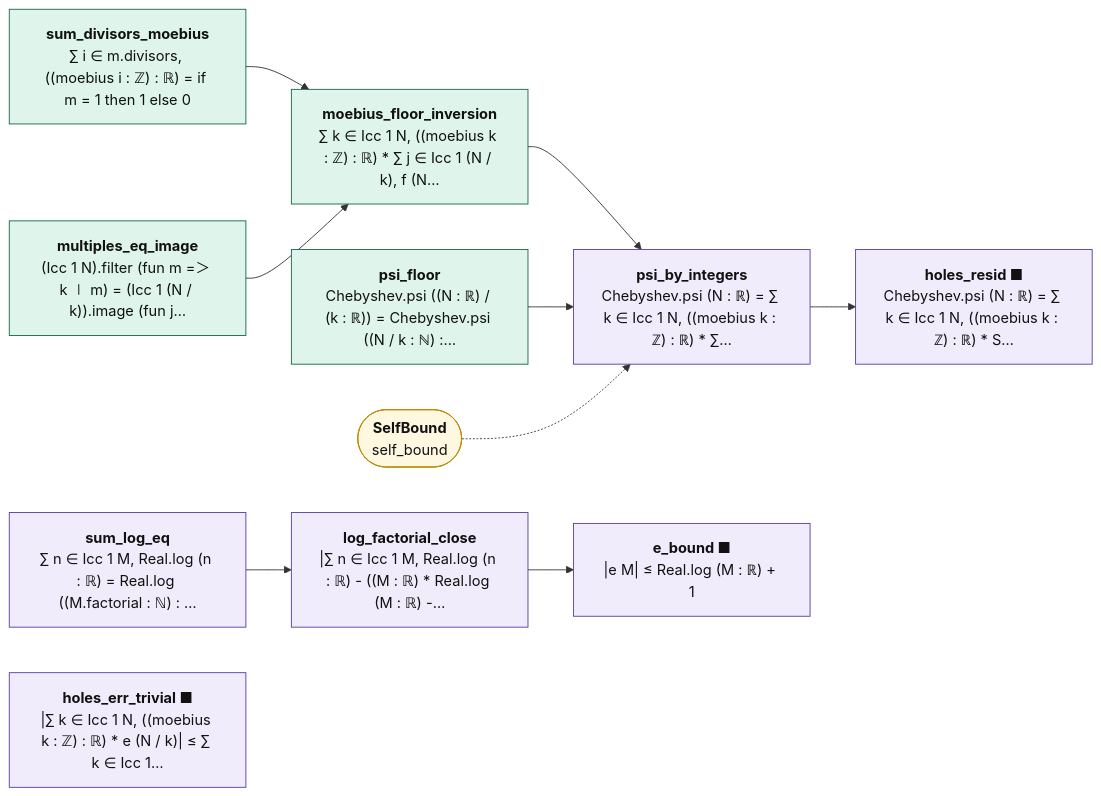
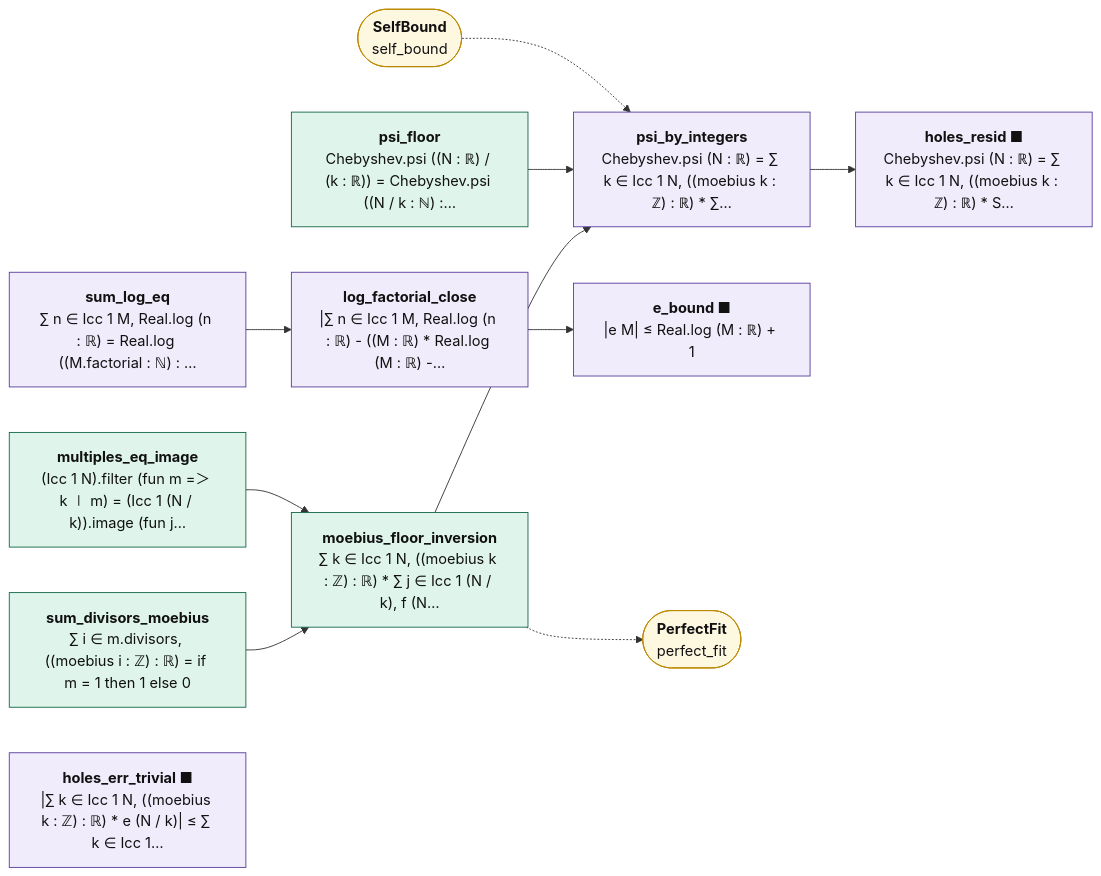
The diagram in map/lean_stage3/NoHoles.mmd (juliansambranojr/Primebeat_081426), drawn with Mermaid before and after one commit. The commit also changed 23 other files, not shown here.

First line of the commit message:
Block R14: the perfect fit (unit 0505)

```diff
--- a/map/lean_stage3/NoHoles.mmd
+++ b/map/lean_stage3/NoHoles.mmd
@@ -1,28 +1,30 @@
 flowchart LR
   n0["<b>sum_divisors_moebius</b><br/>∑ i ∈ m.divisors, ((moebius i : ℤ) : ℝ) = if m = 1 then 1 else 0"]:::cnt
   n1["<b>multiples_eq_image</b><br/>(Icc 1 N).filter (fun m =＞ k ∣ m) = (Icc 1 (N / k)).image (fun j…"]:::cnt
   n2["<b>moebius_floor_inversion</b><br/>∑ k ∈ Icc 1 N, ((moebius k : ℤ) : ℝ) * ∑ j ∈ Icc 1 (N / k), f (N…"]:::cnt
   n3["<b>psi_floor</b><br/>Chebyshev.psi ((N : ℝ) / (k : ℝ)) = Chebyshev.psi ((N / k : ℕ) :…"]:::cnt
   n4["<b>psi_by_integers</b><br/>Chebyshev.psi (N : ℝ) = ∑ k ∈ Icc 1 N, ((moebius k : ℤ) : ℝ) * ∑…"]:::shp
   n5["<b>sum_log_eq</b><br/>∑ n ∈ Icc 1 M, Real.log (n : ℝ) = Real.log ((M.factorial : ℕ) : …"]:::shp
   n6["<b>log_factorial_close</b><br/>|∑ n ∈ Icc 1 M, Real.log (n : ℝ) - ((M : ℝ) * Real.log (M : ℝ) -…"]:::shp
   n7["<b>e_bound ■</b><br/>|e M| ≤ Real.log (M : ℝ) + 1"]:::shp
   n8["<b>holes_resid ■</b><br/>Chebyshev.psi (N : ℝ) = ∑ k ∈ Icc 1 N, ((moebius k : ℤ) : ℝ) * S…"]:::shp
   n9["<b>holes_err_trivial ■</b><br/>|∑ k ∈ Icc 1 N, ((moebius k : ℤ) : ℝ) * e (N / k)| ≤ ∑ k ∈ Icc 1…"]:::shp
-  x0(["<b>SelfBound</b><br/>self_bound"]):::ext
+  x0(["<b>PerfectFit</b><br/>perfect_fit"]):::ext
+  x1(["<b>SelfBound</b><br/>self_bound"]):::ext
   n0 --> n2
   n1 --> n2
   n2 --> n4
   n3 --> n4
   n4 --> n8
   n5 --> n6
   n6 --> n7
-  x0 -.-> n4
+  n2 -.-> x0
+  x1 -.-> n4
   classDef cnt fill:#dff5ec,stroke:#17694a,color:#111
   classDef shp fill:#f1ecfb,stroke:#5b3fa0,color:#111
   classDef rh fill:#ffe5e5,stroke:#c22,color:#111,stroke-width:2px
   classDef thm fill:#eef4ff,stroke:#335,color:#111
   classDef end_ fill:#e7f7e7,stroke:#2a7,color:#111,stroke-width:2px
   classDef lone fill:#fff,stroke:#999,color:#111,stroke-dasharray:4 3
   classDef bad fill:#ffe5e5,stroke:#c22,color:#111,stroke-width:2px
   classDef ext fill:#fff8e1,stroke:#b80,color:#111
```
